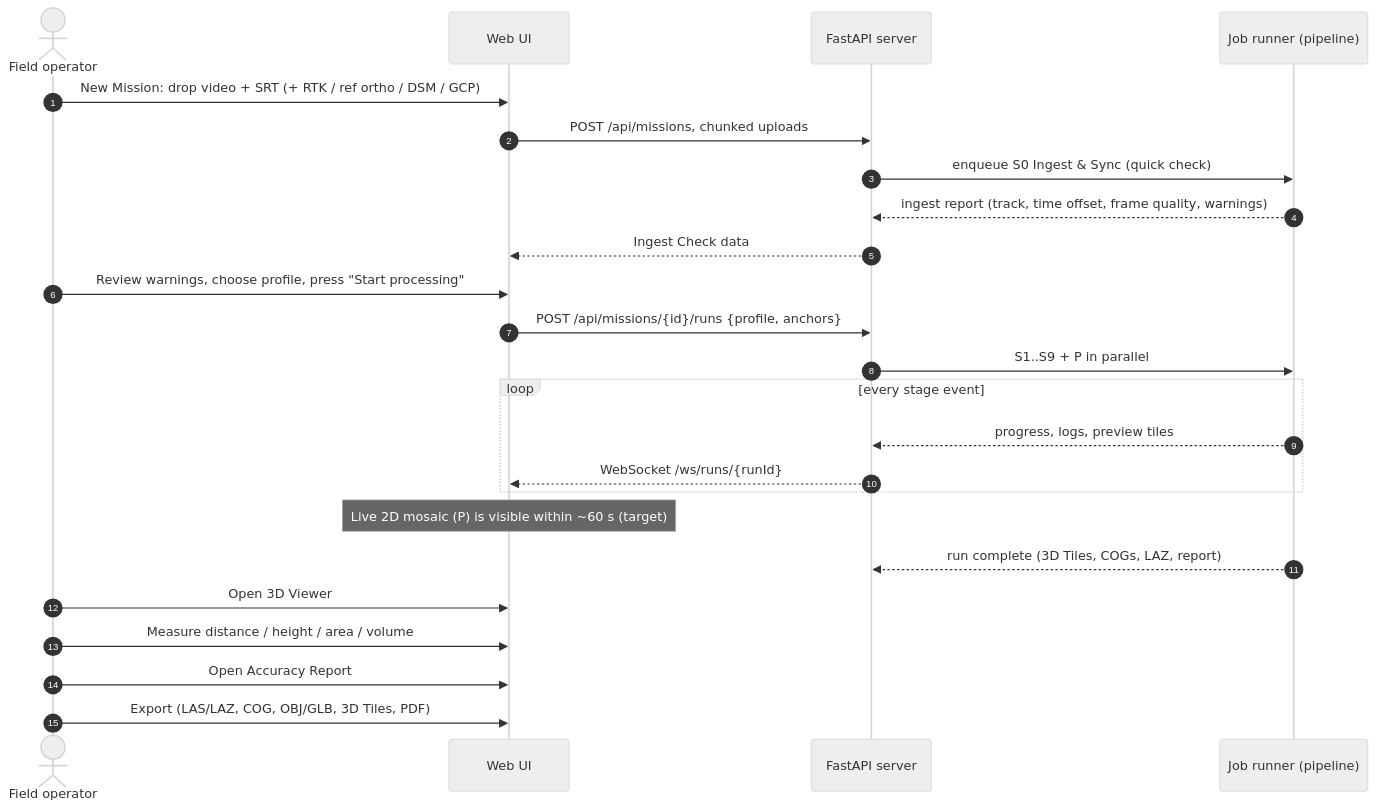
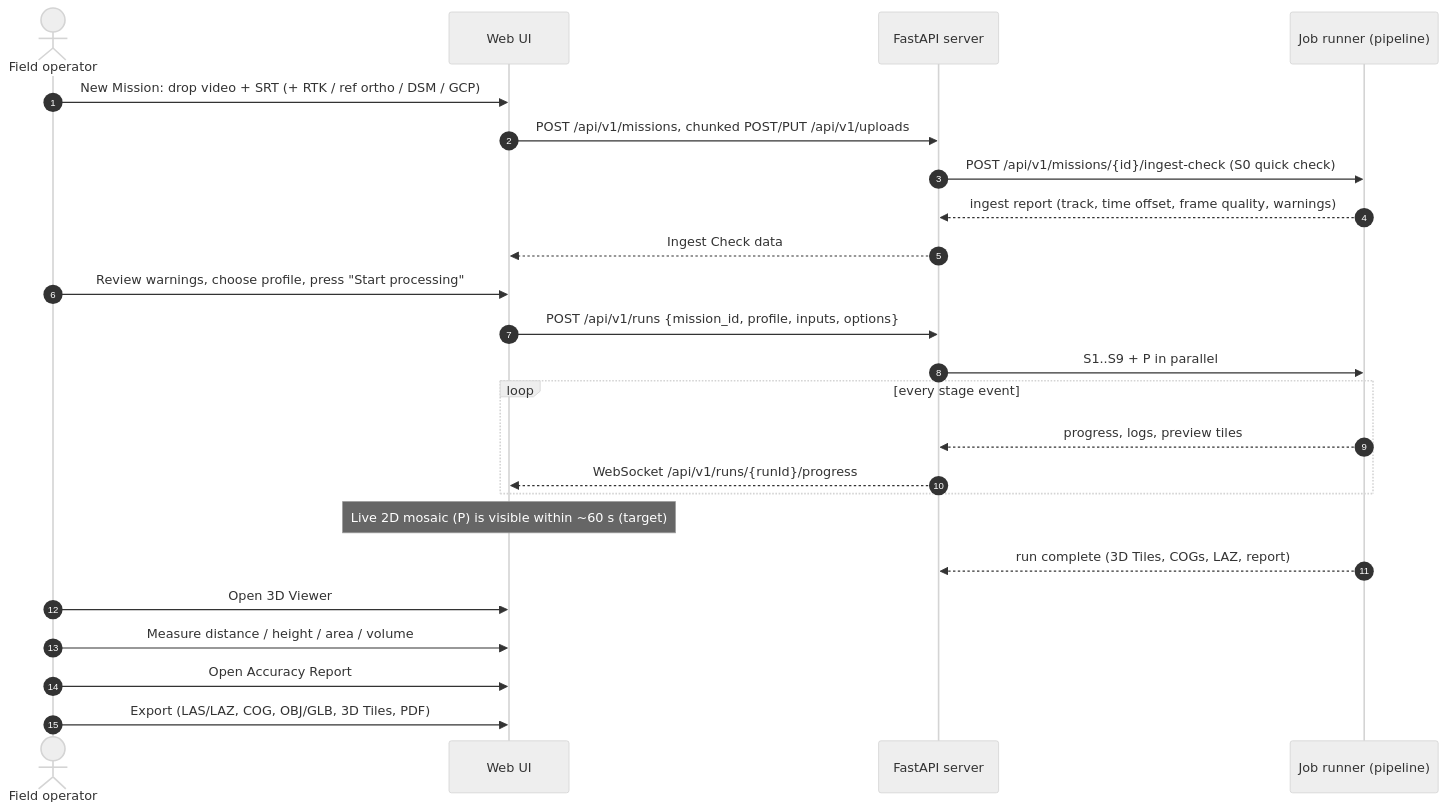
One commit to vikranthsai310/sih2026-2 changed the second of 4 diagrams in docs/09-viewer-and-ui.md. Above: the diagram before and after it, drawn with Mermaid (neutral theme). The commit also changed other lines of this file and 12 other files, not shown here.

````diff
--- a/docs/09-viewer-and-ui.md
+++ b/docs/09-viewer-and-ui.md
@@ -106,27 +106,27 @@
 ```mermaid
 sequenceDiagram
     autonumber
     actor Op as Field operator
     participant UI as Web UI
     participant API as FastAPI server
     participant Job as Job runner (pipeline)
 
     Op->>UI: New Mission: drop video + SRT (+ RTK / ref ortho / DSM / GCP)
-    UI->>API: POST /api/missions, chunked uploads
-    API->>Job: enqueue S0 Ingest & Sync (quick check)
+    UI->>API: POST /api/v1/missions, chunked POST/PUT /api/v1/uploads
+    API->>Job: POST /api/v1/missions/{id}/ingest-check (S0 quick check)
     Job-->>API: ingest report (track, time offset, frame quality, warnings)
     API-->>UI: Ingest Check data
     Op->>UI: Review warnings, choose profile, press "Start processing"
-    UI->>API: POST /api/missions/{id}/runs {profile, anchors}
+    UI->>API: POST /api/v1/runs {mission_id, profile, inputs, options}
     API->>Job: S1..S9 + P in parallel
     loop every stage event
         Job-->>API: progress, logs, preview tiles
-        API-->>UI: WebSocket /ws/runs/{runId}
+        API-->>UI: WebSocket /api/v1/runs/{runId}/progress
     end
     Note over UI: Live 2D mosaic (P) is visible within ~60 s (target)
     Job-->>API: run complete (3D Tiles, COGs, LAZ, report)
     Op->>UI: Open 3D Viewer
     Op->>UI: Measure distance / height / area / volume
     Op->>UI: Open Accuracy Report
     Op->>UI: Export (LAS/LAZ, COG, OBJ/GLB, 3D Tiles, PDF)
 ```
````
